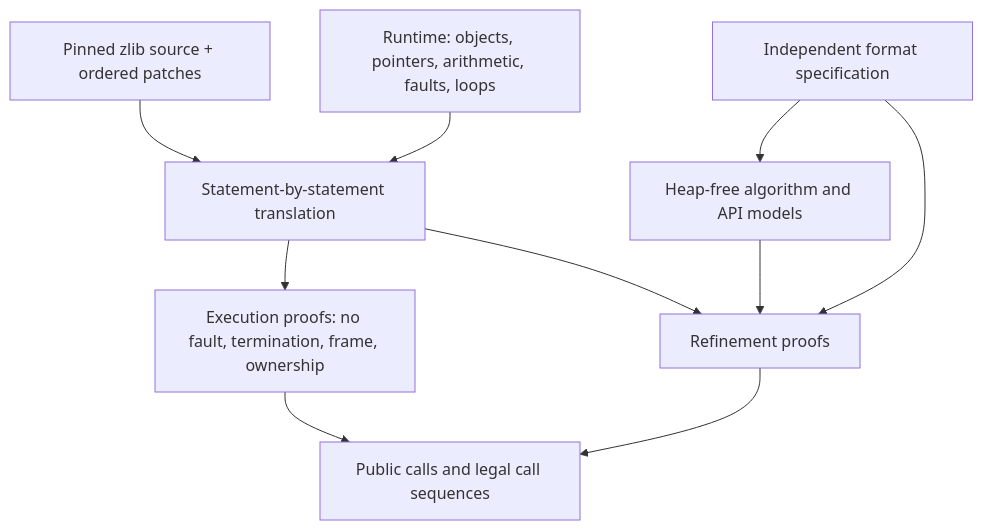
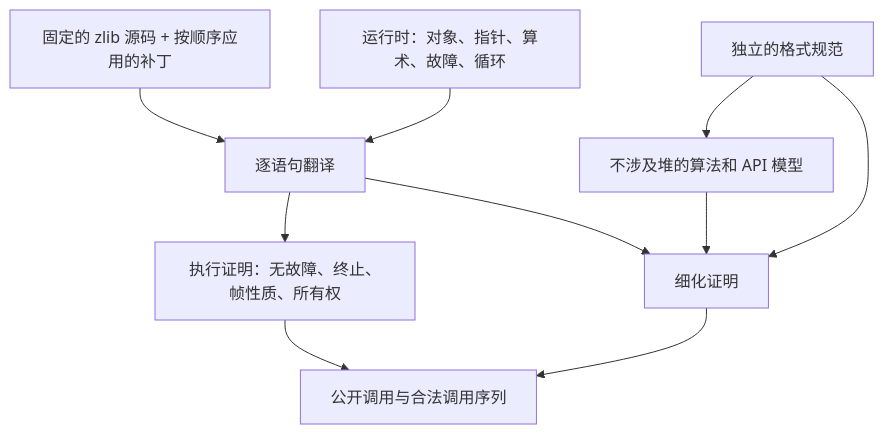
The first of 2 diagrams in site/translations/design/architecture.zh.md (cla7aye15I4nd/zlib-f), drawn with Mermaid before and after one commit. The commit also changed other lines of this file and 61 other files, not shown here.

````diff
--- a/site/translations/design/architecture.zh.md
+++ b/site/translations/design/architecture.zh.md
@@ -14,12 +8,12 @@
 ```mermaid
 flowchart TD
-    C["Pinned zlib source + ordered patches"] --> T["Statement-by-statement translation"]
-    R["Runtime: objects, pointers, arithmetic, faults, loops"] --> T
-    T --> P["Execution proofs: no fault, termination, frame, ownership"]
-    T --> F["Refinement proofs"]
-    M["Heap-free algorithm and API models"] --> F
-    S["Independent format specification"] --> M
+    C["固定的 zlib 源码 + 按顺序应用的补丁"] --> T["逐语句翻译"]
+    R["运行时：对象、指针、算术、故障、循环"] --> T
+    T --> P["执行证明：无故障、终止、帧性质、所有权"]
+    T --> F["细化证明"]
+    M["不涉及堆的算法和 API 模型"] --> F
+    S["独立的格式规范"] --> M
     S --> F
-    P --> A["Public calls and legal call sequences"]
+    P --> A["公开调用与合法调用序列"]
     F --> A
 ```
````
